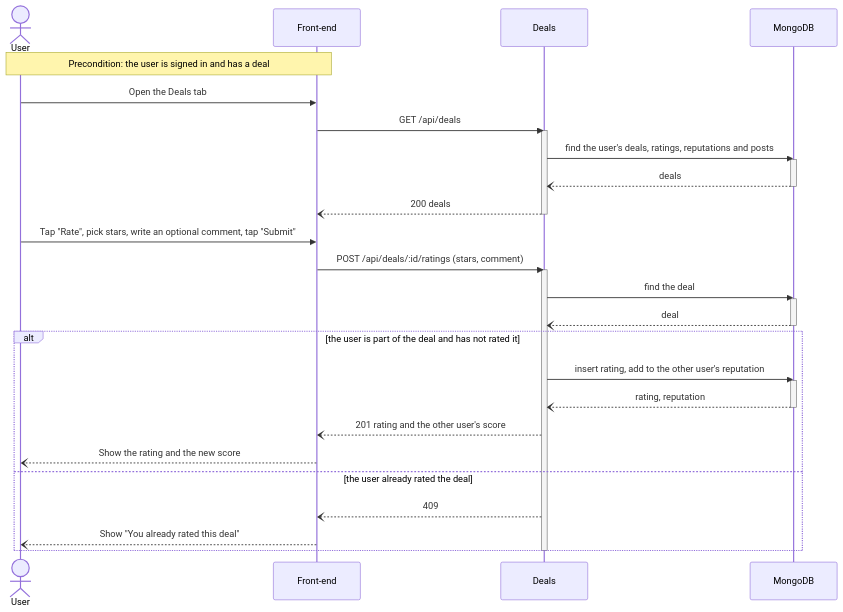
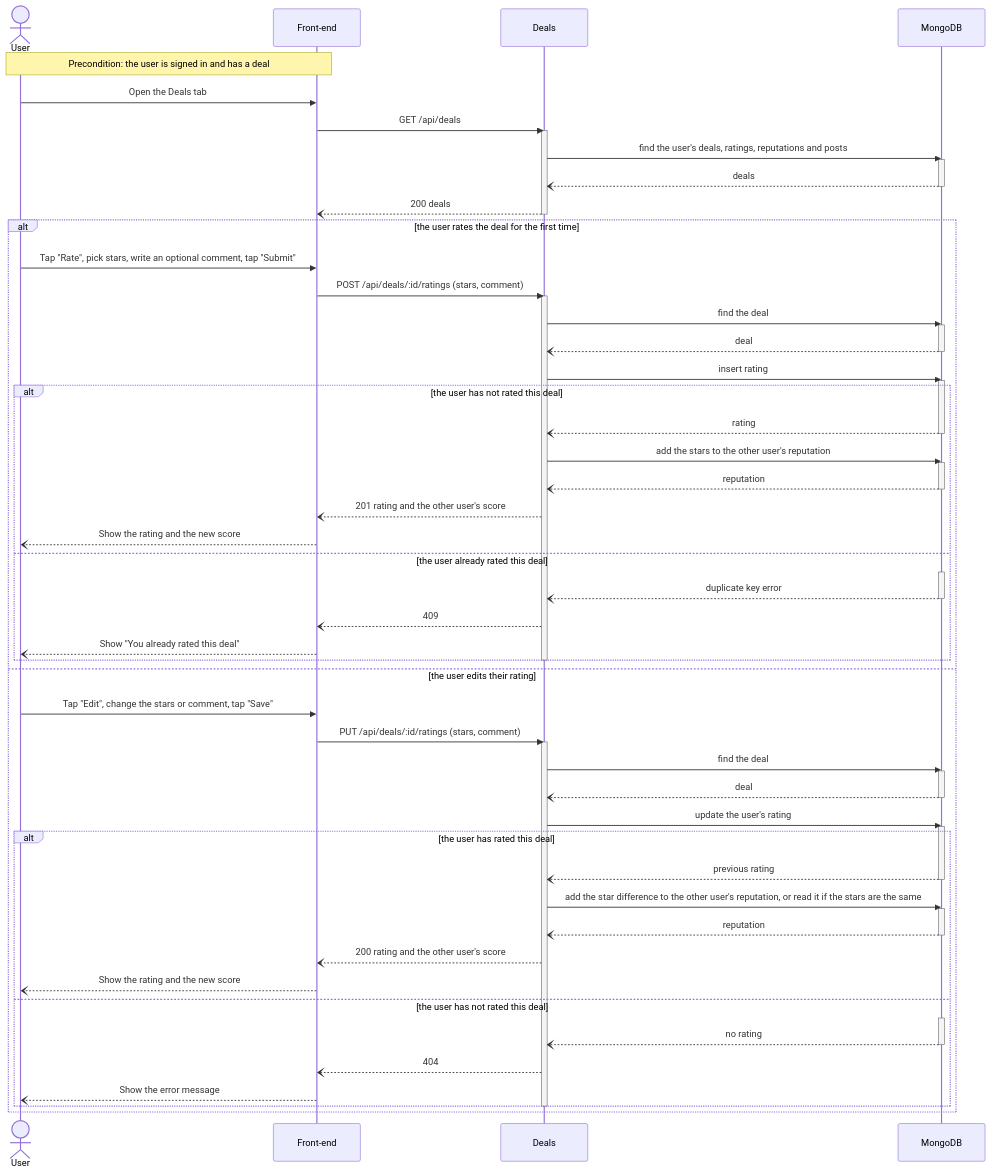
One commit to m1lun/m1skeletonProject changed the third of 6 diagrams in documentation/Requirements_and_Design.md. Above: the diagram before and after it, drawn with Mermaid.

Commit message:
docs: correct the Rate a Deal sequence diagram and add editing

````diff
--- a/documentation/Requirements_and_Design.md
+++ b/documentation/Requirements_and_Design.md
@@ -518,36 +518,72 @@
 ```mermaid
 sequenceDiagram
     actor U as User
     participant FE as Front-end
     participant D as Deals
     participant DB as MongoDB
     Note over U,FE: Precondition: the user is signed in and has a deal
     U->>FE: Open the Deals tab
     FE->>D: GET /api/deals
     activate D
     D->>DB: find the user's deals, ratings, reputations and posts
     activate DB
     DB--)D: deals
     deactivate DB
     D--)FE: 200 deals
     deactivate D
-    U->>FE: Tap "Rate", pick stars, write an optional comment, tap "Submit"
-    FE->>D: POST /api/deals/:id/ratings (stars, comment)
-    activate D
-    D->>DB: find the deal
-    activate DB
-    DB--)D: deal
-    deactivate DB
-    alt the user is part of the deal and has not rated it
-        D->>DB: insert rating, add to the other user's reputation
+    alt the user rates the deal for the first time
+        U->>FE: Tap "Rate", pick stars, write an optional comment, tap "Submit"
+        FE->>D: POST /api/deals/:id/ratings (stars, comment)
+        activate D
+        D->>DB: find the deal
         activate DB
-        DB--)D: rating, reputation
+        DB--)D: deal
         deactivate DB
-        D--)FE: 201 rating and the other user's score
-        FE--)U: Show the rating and the new score
-    else the user already rated the deal
-        D--)FE: 409
-        FE--)U: Show "You already rated this deal"
+        D->>DB: insert rating
+        activate DB
+        alt the user has not rated this deal
+            DB--)D: rating
+            deactivate DB
+            D->>DB: add the stars to the other user's reputation
+            activate DB
+            DB--)D: reputation
+            deactivate DB
+            D--)FE: 201 rating and the other user's score
+            FE--)U: Show the rating and the new score
+        else the user already rated this deal
+            activate DB
+            DB--)D: duplicate key error
+            deactivate DB
+            D--)FE: 409
+            FE--)U: Show "You already rated this deal"
+        end
+        deactivate D
+    else the user edits their rating
+        U->>FE: Tap "Edit", change the stars or comment, tap "Save"
+        FE->>D: PUT /api/deals/:id/ratings (stars, comment)
+        activate D
+        D->>DB: find the deal
+        activate DB
+        DB--)D: deal
+        deactivate DB
+        D->>DB: update the user's rating
+        activate DB
+        alt the user has rated this deal
+            DB--)D: previous rating
+            deactivate DB
+            D->>DB: add the star difference to the other user's reputation, or read it if the stars are the same
+            activate DB
+            DB--)D: reputation
+            deactivate DB
+            D--)FE: 200 rating and the other user's score
+            FE--)U: Show the rating and the new score
+        else the user has not rated this deal
+            activate DB
+            DB--)D: no rating
+            deactivate DB
+            D--)FE: 404
+            FE--)U: Show the error message
+        end
+        deactivate D
     end
-    deactivate D
 ```
````
